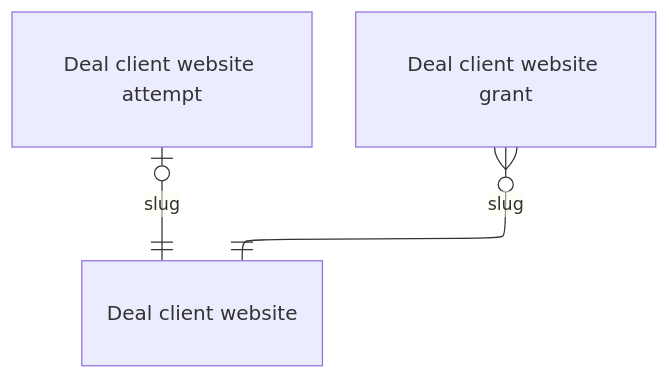
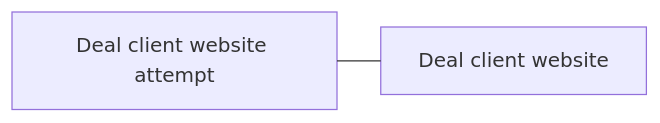
Before and after one commit to DoctorCRE/doctorcre-engine: the second of 3 diagrams in docs/database/tables/viewpoint-website.md, drawn with Mermaid. The commit also changed other lines of this file and 153 other files, not shown here.

````diff
--- a/docs/database/tables/viewpoint-website.md
+++ b/docs/database/tables/viewpoint-website.md
@@ -3,15 +30,12 @@
 ```mermaid
 ---
 config:
   layout: elk
-  er:
-    nodeSpacing: 22
-    rankSpacing: 44
+  flowchart:
+    htmlLabels: false
 ---
-erDiagram
-  "Deal client website"
-  "Deal client website attempt"
-  "Deal client website grant"
-  "Deal client website attempt" |o--|| "Deal client website" : "slug"
-  "Deal client website grant" }o--|| "Deal client website" : "slug"
+flowchart LR
+  center["Deal client website attempt"]
+  n0["Deal client website"]
+  center --- n0
 ```
````
